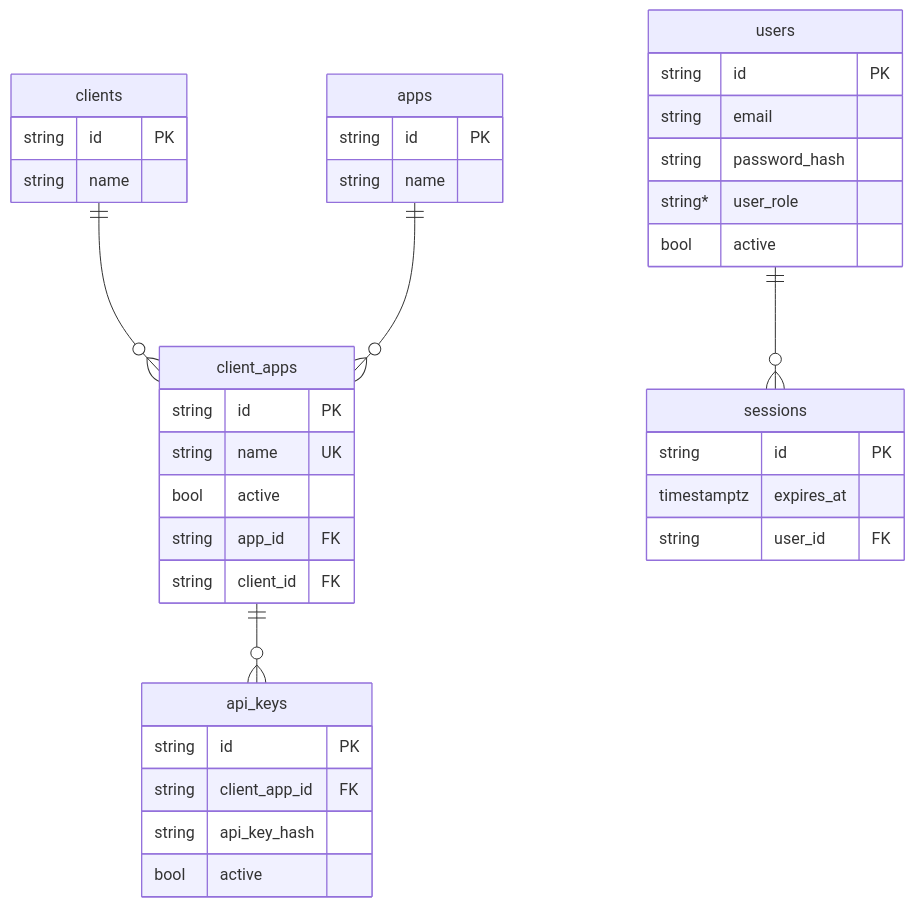
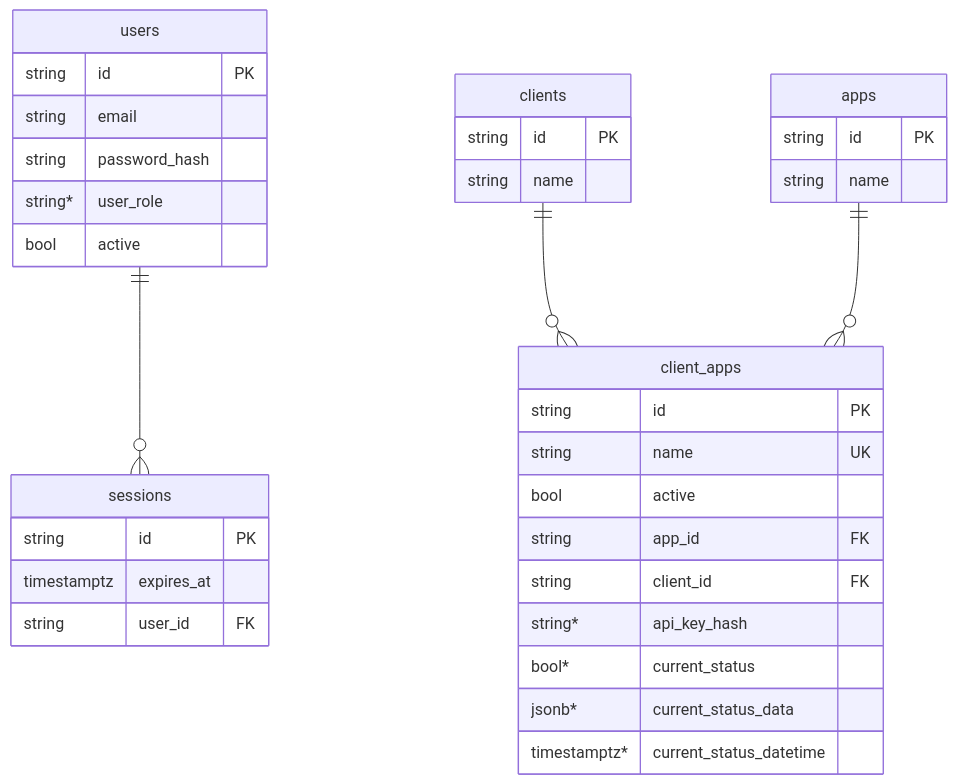
The diagram in .info/diagrams/er.mmd (maneldevs/authjar), drawn with Mermaid before and after one commit. The commit also changed 18 other files, not shown here.

Commit message:
Add API key logic

```diff
--- a/.info/diagrams/er.mmd
+++ b/.info/diagrams/er.mmd
@@ -1,44 +1,40 @@
 erDiagram
     users {
         string id PK
         string email
         string password_hash
         string* user_role
         bool active 
     }
 
     clients {
         string id PK
         string name
     }
 
     apps {
         string id PK
         string name
     }
 
     client_apps {
         string id PK
         string name UK
         bool active
         string app_id FK
         string client_id FK
+        string* api_key_hash
+        bool* current_status
+        jsonb* current_status_data
+        timestamptz* current_status_datetime
     }
 
     sessions {
         string id PK
         timestamptz expires_at
         string user_id FK
     }
 
-    api_keys {
-        string id PK
-        string client_app_id FK
-        string api_key_hash
-        bool active
-    }
-
     users ||--o{ sessions : ""
     clients ||--o{ client_apps : ""
     apps ||--o{ client_apps : ""
-    client_apps ||--o{ api_keys : ""
```
